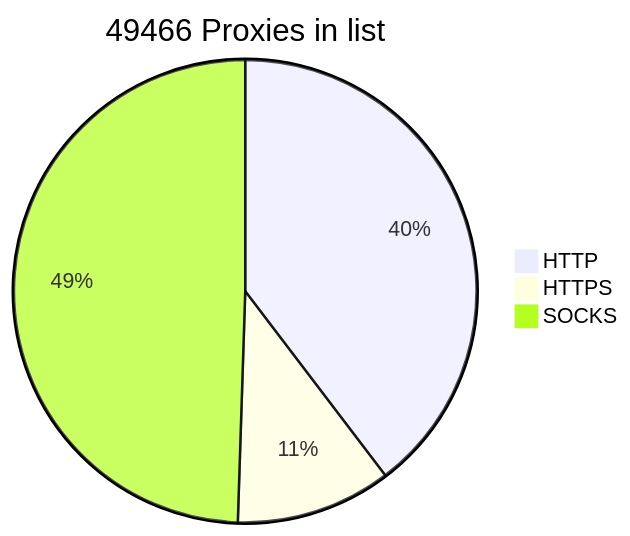
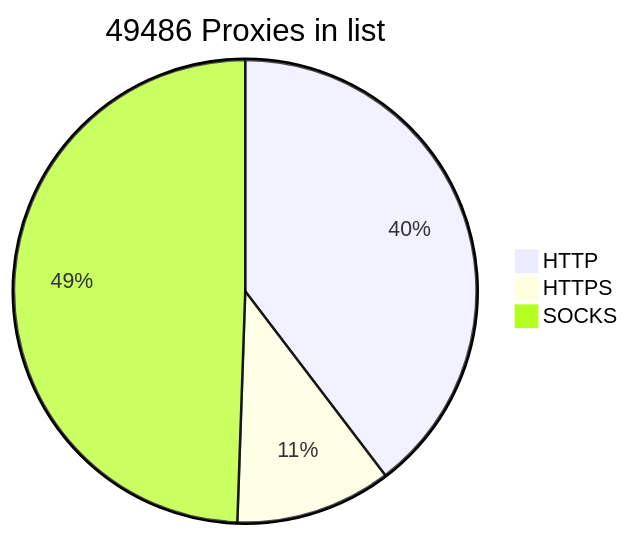
Before and after one commit to BlackSnowDot/proxylist-update-every-minute: the diagram in README.md, drawn with Mermaid.

````diff
--- a/README.md
+++ b/README.md
@@ -2,6 +2,6 @@
 ```mermaid
-pie title 49466 Proxies in list
-    "HTTP" : 21695
-    "HTTPS": 5941
+pie title 49486 Proxies in list
+    "HTTP" : 21706
+    "HTTPS": 5966
     "SOCKS" : 27075
 ```
````
